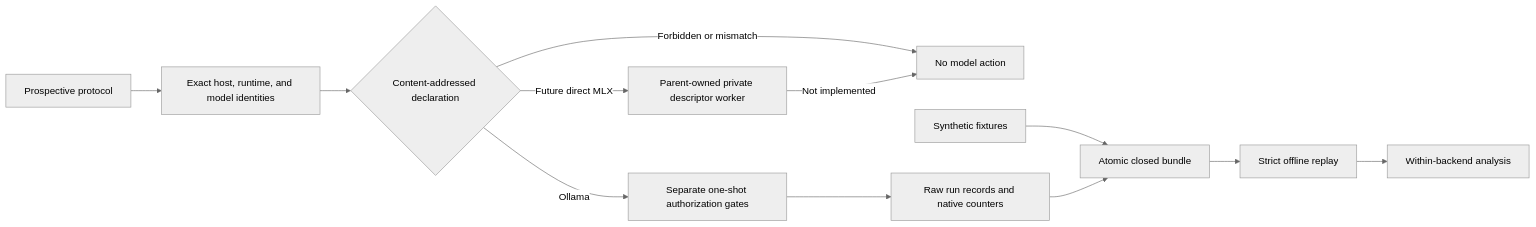
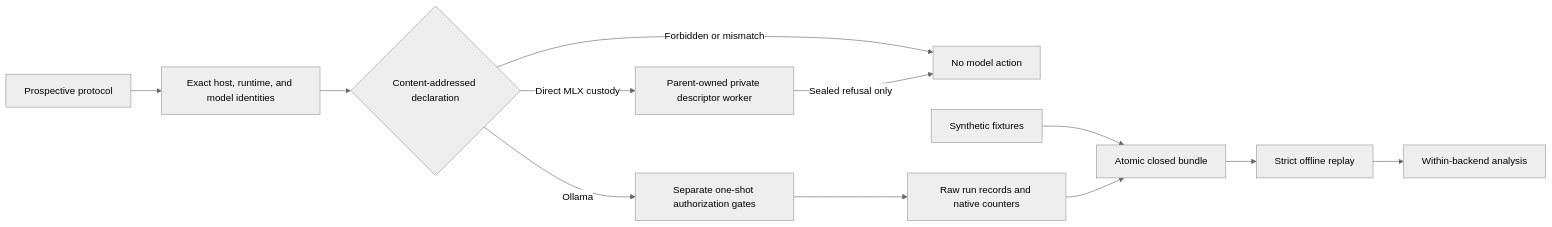
Before and after one commit to Siddhant-K-code/LocalInferenceLab: the diagram in README.md, drawn with Mermaid (neutral theme). The commit also changed other lines of this file and 8 other files, not shown here.

First line of the commit message:
Add inert direct-MLX custody control plane (#7)

````diff
--- a/README.md
+++ b/README.md
@@ -37,14 +41,14 @@
 ```mermaid
 flowchart LR
     P[Prospective protocol] --> I[Exact host, runtime, and model identities]
     I --> A{Content-addressed declaration}
     A -->|Forbidden or mismatch| X[No model action]
     A -->|Ollama| G[Separate one-shot authorization gates]
-    A -->|Future direct MLX| W[Parent-owned private descriptor worker]
+    A -->|Direct MLX custody| W[Parent-owned private descriptor worker]
     G --> R[Raw run records and native counters]
-    W -->|Not implemented| X
+    W -->|Sealed refusal only| X
     F[Synthetic fixtures] --> C[Atomic closed bundle]
     R --> C
     C --> O[Strict offline replay]
     O --> N[Within-backend analysis]
 ```
````
